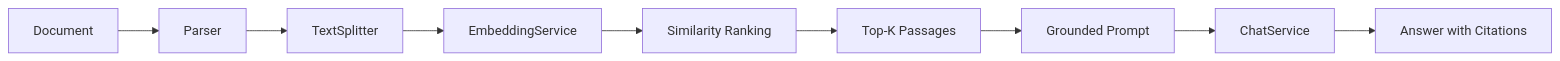
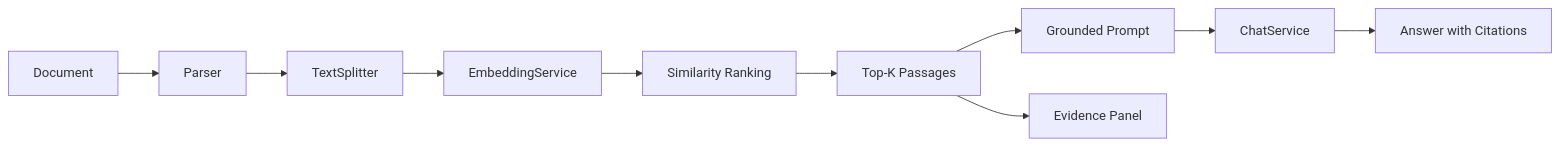
Before and after one commit to ChinaYiqun/java-rag: the diagram in README.md, drawn with Mermaid. The commit also changed other lines of this file and 20 other files, not shown here.

````diff
--- a/README.md
+++ b/README.md
@@ -70,11 +102,12 @@
 ```mermaid
 flowchart LR
     A[Document] --> B[Parser]
     B --> C[TextSplitter]
     C --> D[EmbeddingService]
     D --> E[Similarity Ranking]
     E --> F[Top-K Passages]
     F --> G[Grounded Prompt]
     G --> H[ChatService]
     H --> I[Answer with Citations]
+    F --> J[Evidence Panel]
 ```
````
